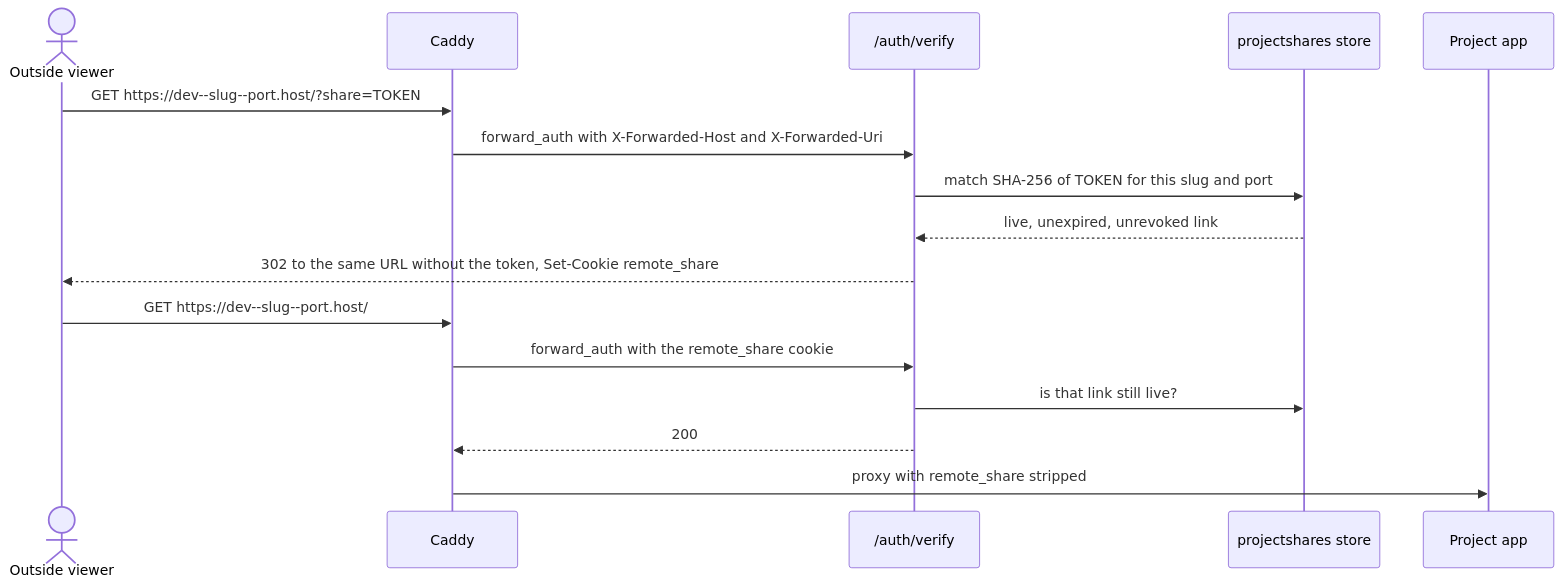
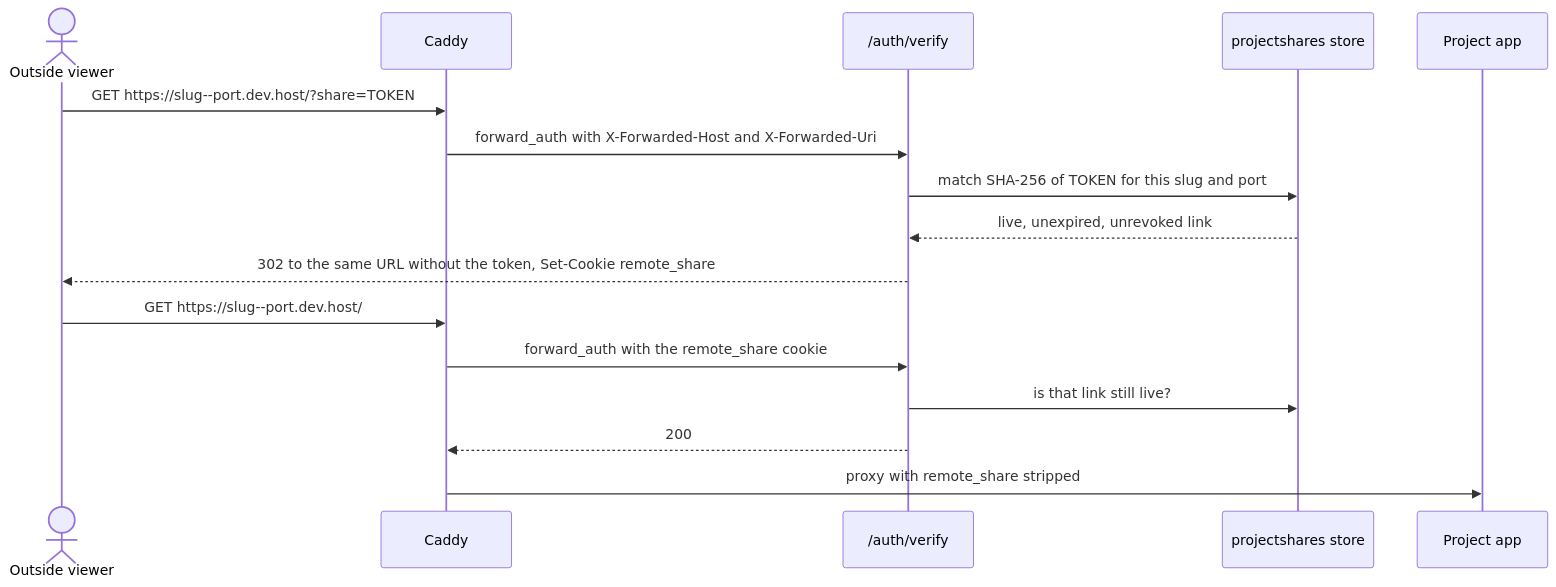
The second of 7 diagrams in docs/03-platform/06-previews-and-browser.md (AbdallahMohamedDotnet/remote.futrx), drawn with Mermaid before and after one commit. The commit also changed other lines of this file and 47 other files, not shown here.

````diff
--- a/docs/03-platform/06-previews-and-browser.md
+++ b/docs/03-platform/06-previews-and-browser.md
@@ -36,19 +36,19 @@
 ```mermaid
 sequenceDiagram
     actor Client as Outside viewer
     participant Caddy
     participant Verify as /auth/verify
     participant Store as projectshares store
     participant App as Project app
 
-    Client->>Caddy: GET https://dev--slug--port.host/?share=TOKEN
+    Client->>Caddy: GET https://slug--port.dev.host/?share=TOKEN
     Caddy->>Verify: forward_auth with X-Forwarded-Host and X-Forwarded-Uri
     Verify->>Store: match SHA-256 of TOKEN for this slug and port
     Store-->>Verify: live, unexpired, unrevoked link
     Verify-->>Client: 302 to the same URL without the token, Set-Cookie remote_share
-    Client->>Caddy: GET https://dev--slug--port.host/
+    Client->>Caddy: GET https://slug--port.dev.host/
     Caddy->>Verify: forward_auth with the remote_share cookie
     Verify->>Store: is that link still live?
     Verify-->>Caddy: 200
     Caddy->>App: proxy with remote_share stripped
 ```
````
